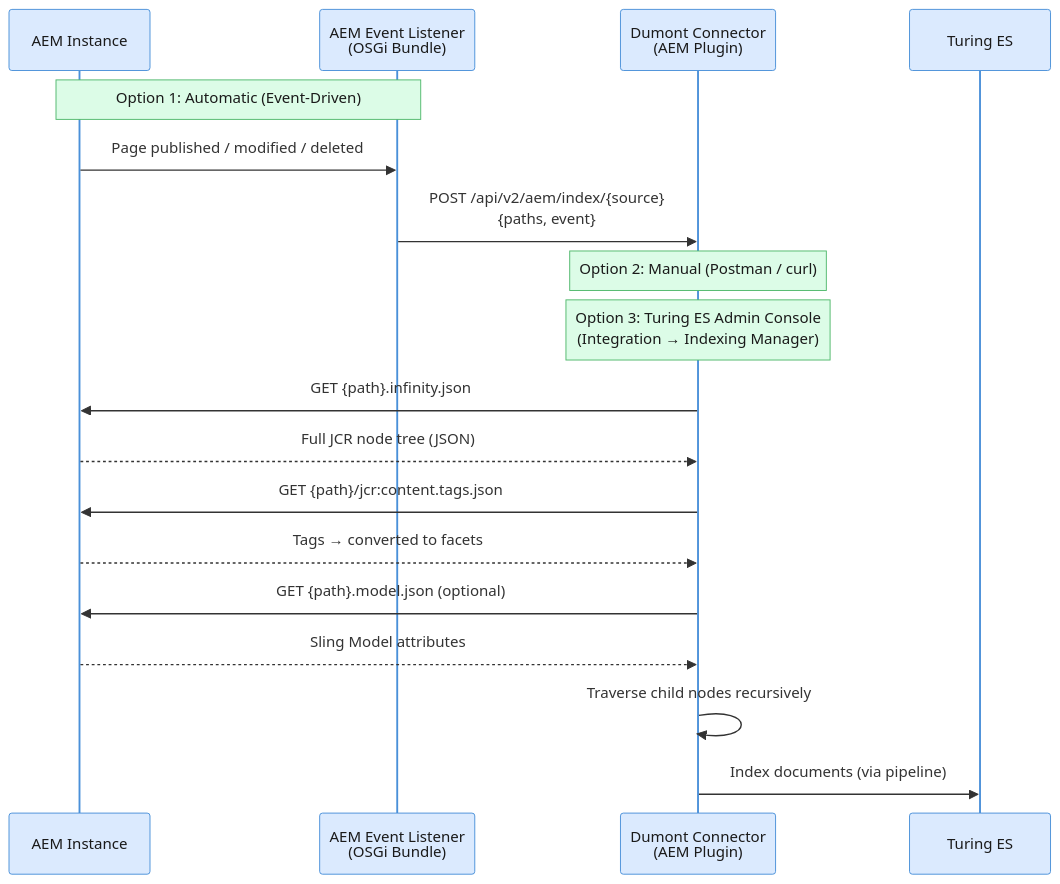
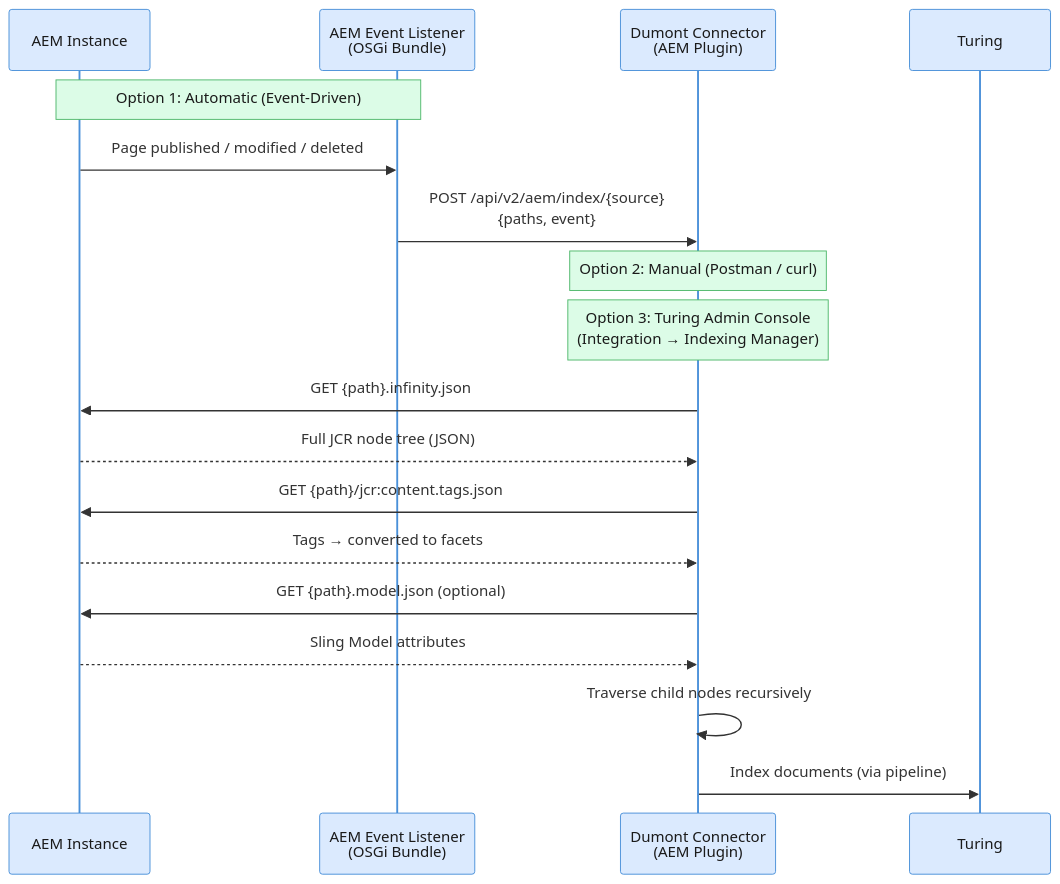
Before and after one commit to openviglet/docs: the first of 2 diagrams in docs-dumont/connectors/aem.md, drawn with Mermaid. The commit also changed other lines of this file and 157 other files, not shown here.

````diff
--- a/docs-dumont/connectors/aem.md
+++ b/docs-dumont/connectors/aem.md
@@ -17,24 +17,24 @@
 ```mermaid
 %%{init: {'theme': 'base', 'themeVariables': {'fontSize': '13px', 'actorBkg': '#dbeafe', 'actorBorder': '#4A90D9', 'actorTextColor': '#1a1a1a', 'activationBkgColor': '#ede9fe', 'activationBorderColor': '#9B6EC5', 'labelBoxBkgColor': '#fef3c7', 'labelBoxBorderColor': '#E8A838', 'labelTextColor': '#1a1a1a', 'loopTextColor': '#b07a1a', 'noteBkgColor': '#dcfce7', 'noteBorderColor': '#50B86C', 'noteTextColor': '#1a1a1a', 'signalColor': '#333', 'signalTextColor': '#333'}}}%%
 sequenceDiagram
     participant AEM as AEM Instance
     participant EVT as AEM Event Listener<br/>(OSGi Bundle)
     participant API as Dumont Connector<br/>(AEM Plugin)
-    participant SE as Turing ES
+    participant SE as Turing
 
     Note over AEM,EVT: Option 1: Automatic (Event-Driven)
     AEM->>EVT: Page published / modified / deleted
     EVT->>API: POST /api/v2/aem/index/{source}<br/>{paths, event}
 
     Note over API: Option 2: Manual (Postman / curl)
-    Note over API: Option 3: Turing ES Admin Console<br/>(Integration → Indexing Manager)
+    Note over API: Option 3: Turing Admin Console<br/>(Integration → Indexing Manager)
 
     API->>AEM: GET {path}.infinity.json
     AEM-->>API: Full JCR node tree (JSON)
     API->>AEM: GET {path}/jcr:content.tags.json
     AEM-->>API: Tags → converted to facets
     API->>AEM: GET {path}.model.json (optional)
     AEM-->>API: Sling Model attributes
     API->>API: Traverse child nodes recursively
     API->>SE: Index documents (via pipeline)
 ```
````
